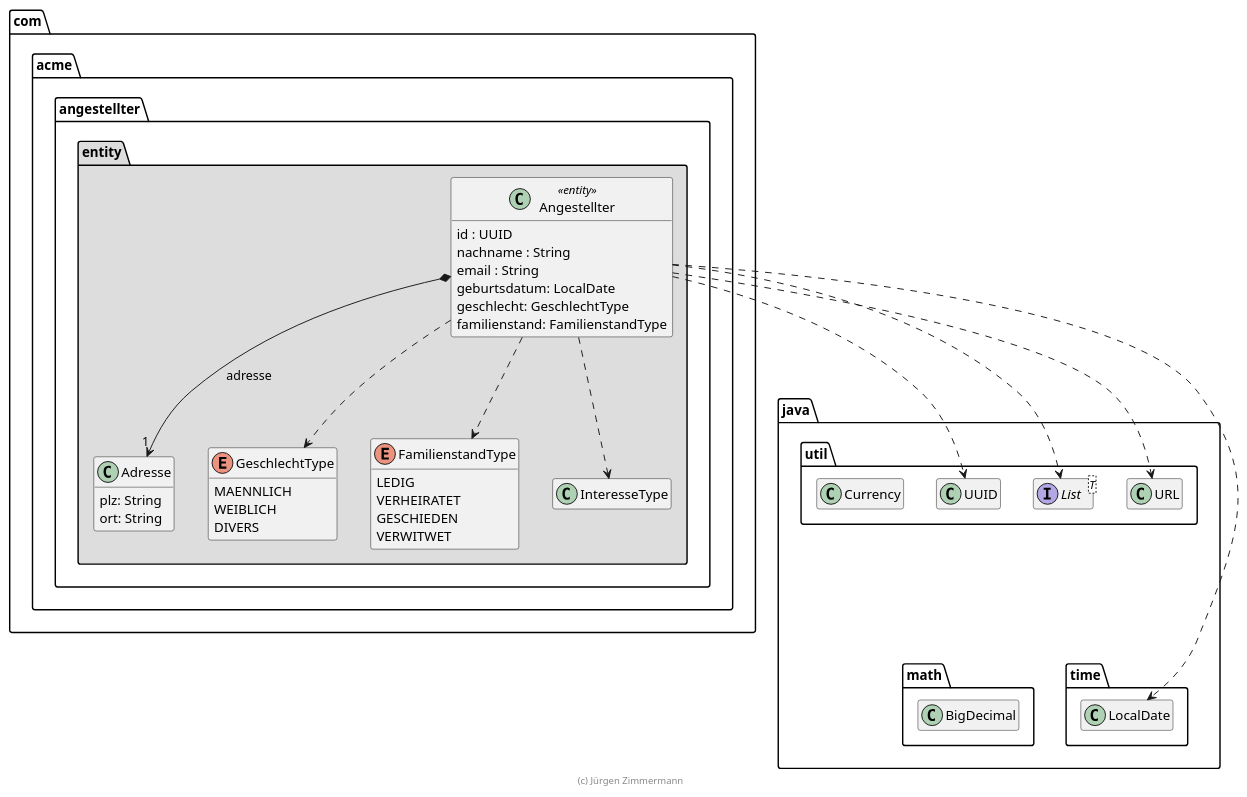
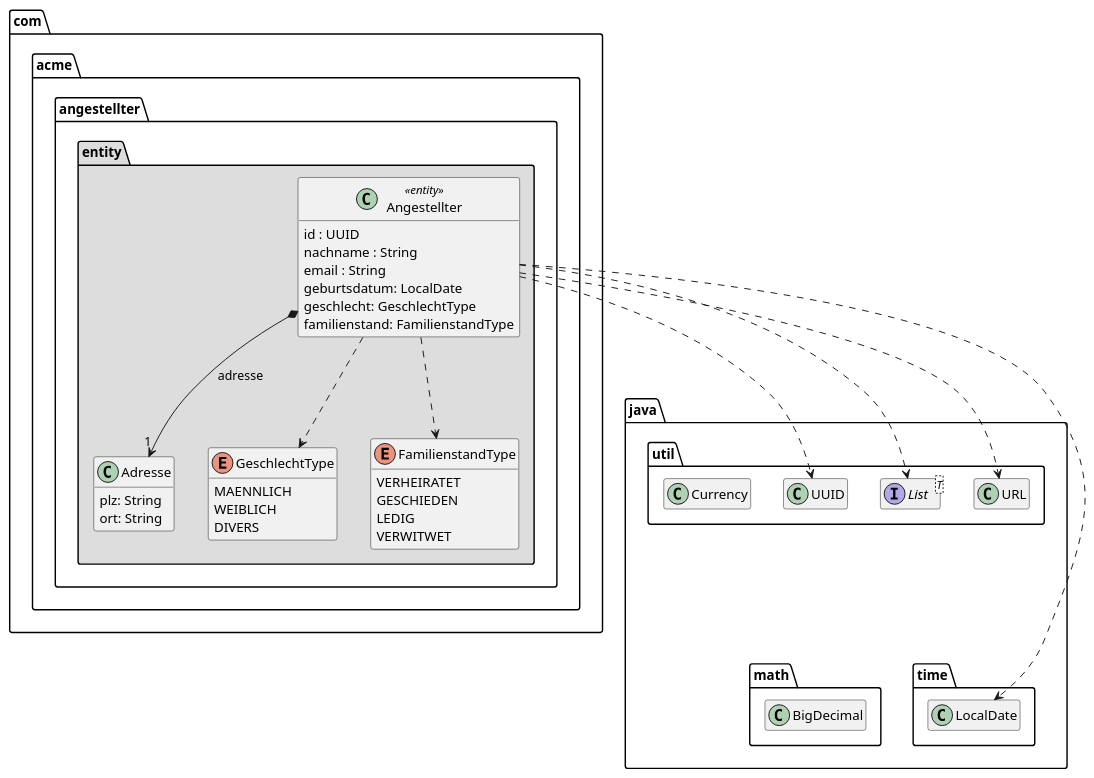
Before and after one commit to Vvalentin/angestellter-v5: the diagram in extras/doc/Angestellter.plantuml, drawn with PlantUML. The commit also changed 9 other files, not shown here.

```diff
--- a/extras/doc/Angestellter.plantuml
+++ b/extras/doc/Angestellter.plantuml
@@ -15,71 +15,69 @@
 @startuml Angestellter
 
 skinparam classAttributeIconSize 0
 ' skinparam monochrome true
 
 package java {
     package util {
         class UUID
         interface List<T>
         class URL
         class Currency
     }
 
     package math {
         class BigDecimal
     }
 
     package time {
         class LocalDate
     }
 
     BigDecimal .up[hidden].> UUID
     UUID .[hidden].> LocalDate
 }
 
 package com.acme.angestellter.entity #DDDDDD {
 
     class Adresse {
         plz: String
         ort: String
     }
 
     enum GeschlechtType {
         MAENNLICH
         WEIBLICH
         DIVERS
     }
 
     enum FamilienstandType {
-        LEDIG
         VERHEIRATET
         GESCHIEDEN
+        LEDIG
         VERWITWET
     }
 
     class Angestellter << entity >> {
         id : UUID
         nachname : String
         email : String
         geburtsdatum: LocalDate
         geschlecht: GeschlechtType
         familienstand: FamilienstandType
     }
 
     Angestellter *--> "1" Adresse : adresse
     Angestellter .down.> GeschlechtType
     Angestellter .down.> FamilienstandType
-    Angestellter .down.> InteresseType
 
     Angestellter ..> UUID
     Angestellter ..> LocalDate
     Angestellter ..> List
     Angestellter ..> URL
 
 }
 
 hide empty members
 
-footer (c) Jürgen Zimmermann
 
 @enduml
```
